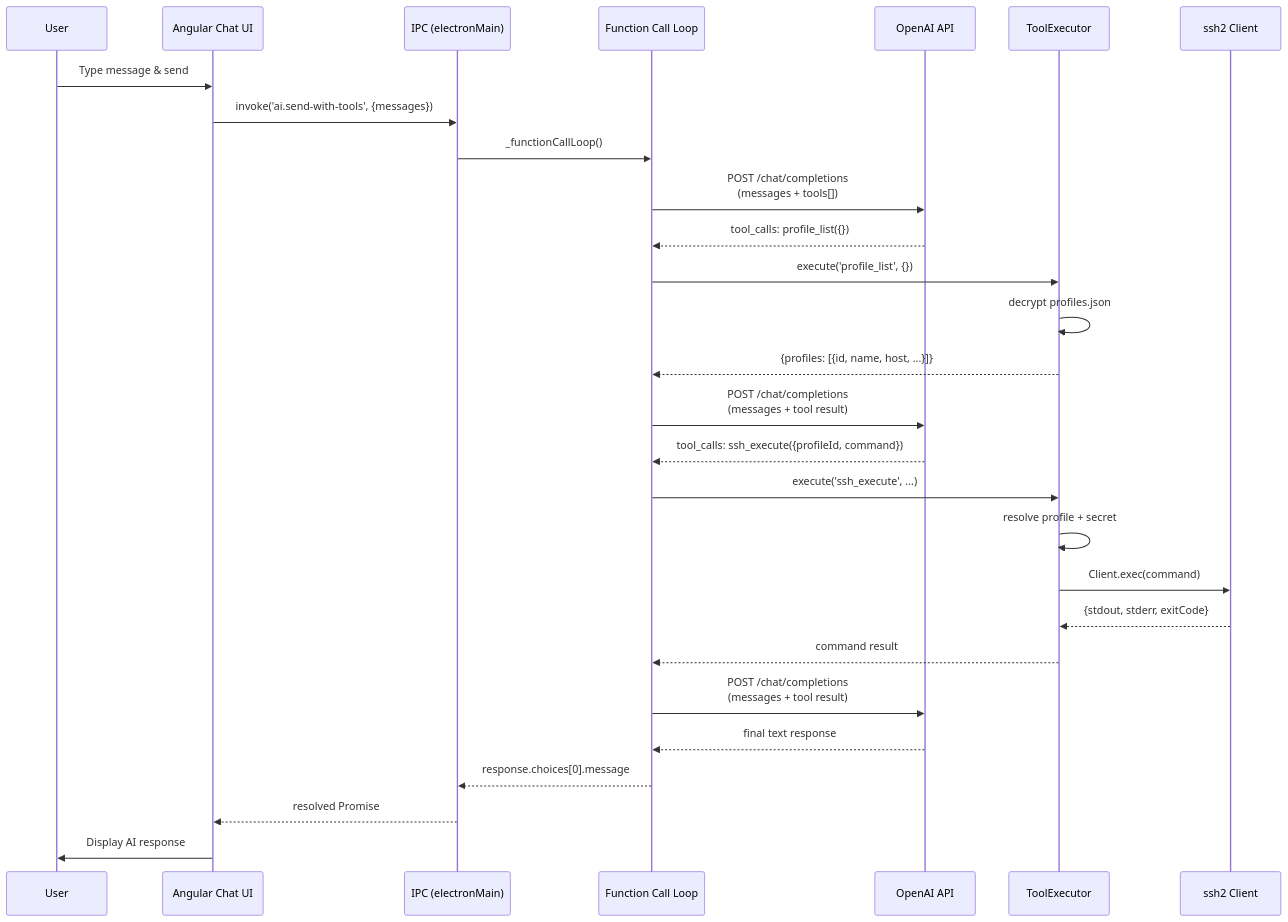
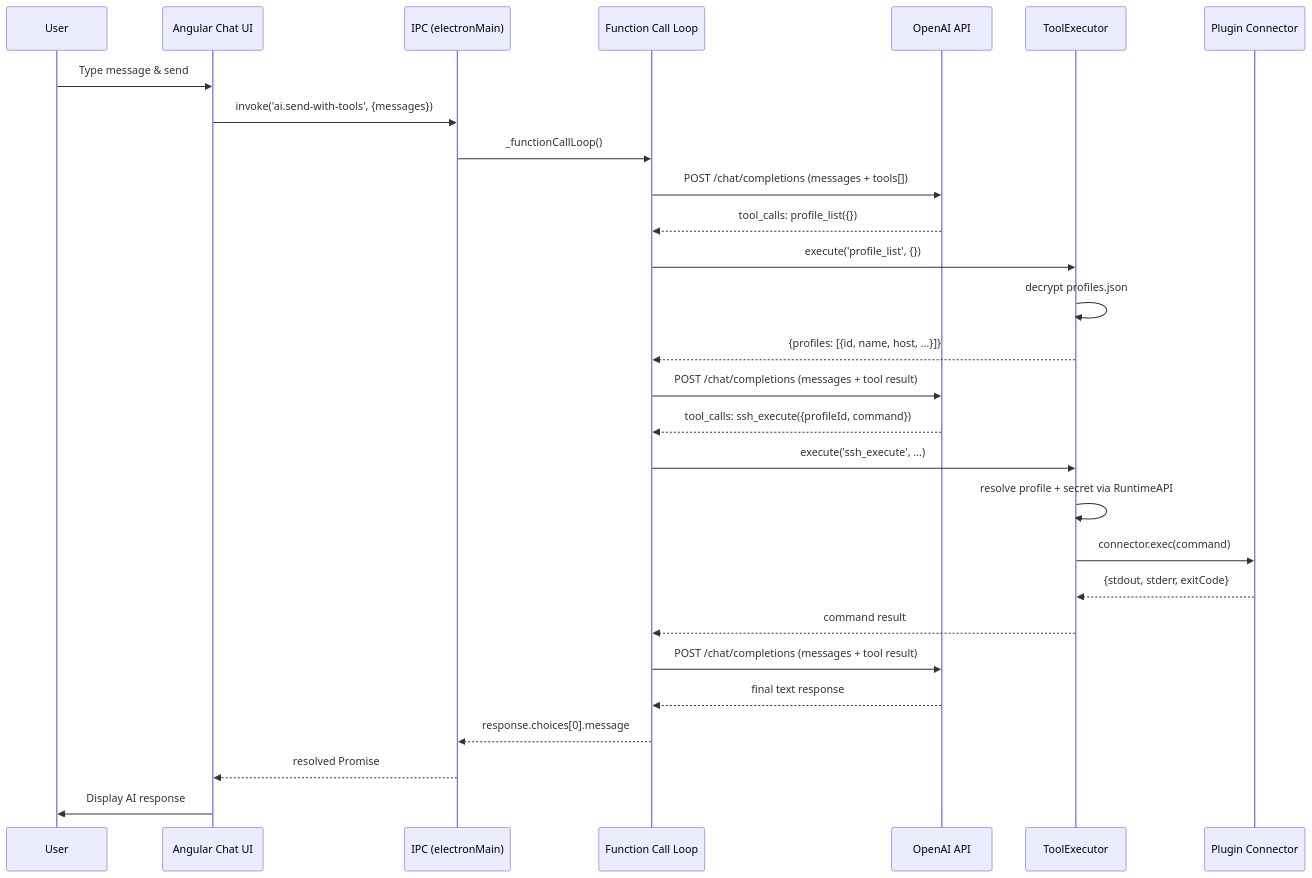
The diagram in AI-Integration.md (invince/YAET), drawn with Mermaid before and after one commit. The commit also changed other lines of this file and 4 other files, not shown here.

````diff
--- a/AI-Integration.md
+++ b/AI-Integration.md
@@ -133,31 +243,31 @@
 ```mermaid
 sequenceDiagram
     participant User as User
     participant Angular as Angular Chat UI
     participant IPC as IPC (electronMain)
     participant AILoop as Function Call Loop
     participant OpenAI as OpenAI API
     participant TE as ToolExecutor
-    participant SSH as ssh2 Client
+    participant Plugin as Plugin Connector
 
     User->>Angular: Type message & send
     Angular->>IPC: invoke('ai.send-with-tools', {messages})
     IPC->>AILoop: _functionCallLoop()
-    AILoop->>OpenAI: POST /chat/completions<br/>(messages + tools[])
+    AILoop->>OpenAI: POST /chat/completions (messages + tools[])
     OpenAI-->>AILoop: tool_calls: profile_list({})
     AILoop->>TE: execute('profile_list', {})
     TE->>TE: decrypt profiles.json
     TE-->>AILoop: {profiles: [{id, name, host, ...}]}
-    AILoop->>OpenAI: POST /chat/completions<br/>(messages + tool result)
+    AILoop->>OpenAI: POST /chat/completions (messages + tool result)
     OpenAI-->>AILoop: tool_calls: ssh_execute({profileId, command})
     AILoop->>TE: execute('ssh_execute', ...)
-    TE->>TE: resolve profile + secret
-    TE->>SSH: Client.exec(command)
-    SSH-->>TE: {stdout, stderr, exitCode}
+    TE->>TE: resolve profile + secret via RuntimeAPI
+    TE->>Plugin: connector.exec(command)
+    Plugin-->>TE: {stdout, stderr, exitCode}
     TE-->>AILoop: command result
-    AILoop->>OpenAI: POST /chat/completions<br/>(messages + tool result)
+    AILoop->>OpenAI: POST /chat/completions (messages + tool result)
     OpenAI-->>AILoop: final text response
     AILoop-->>IPC: response.choices[0].message
     IPC-->>Angular: resolved Promise
     Angular->>User: Display AI response
 ```
````
